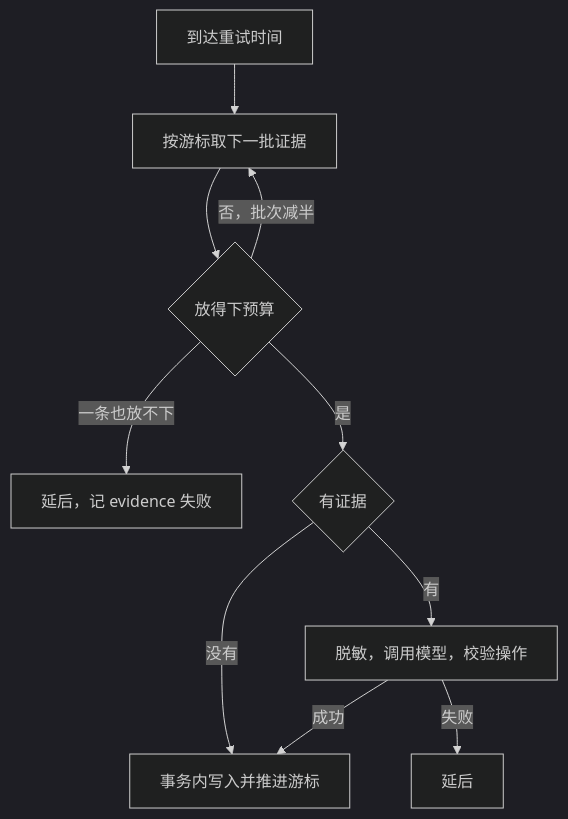
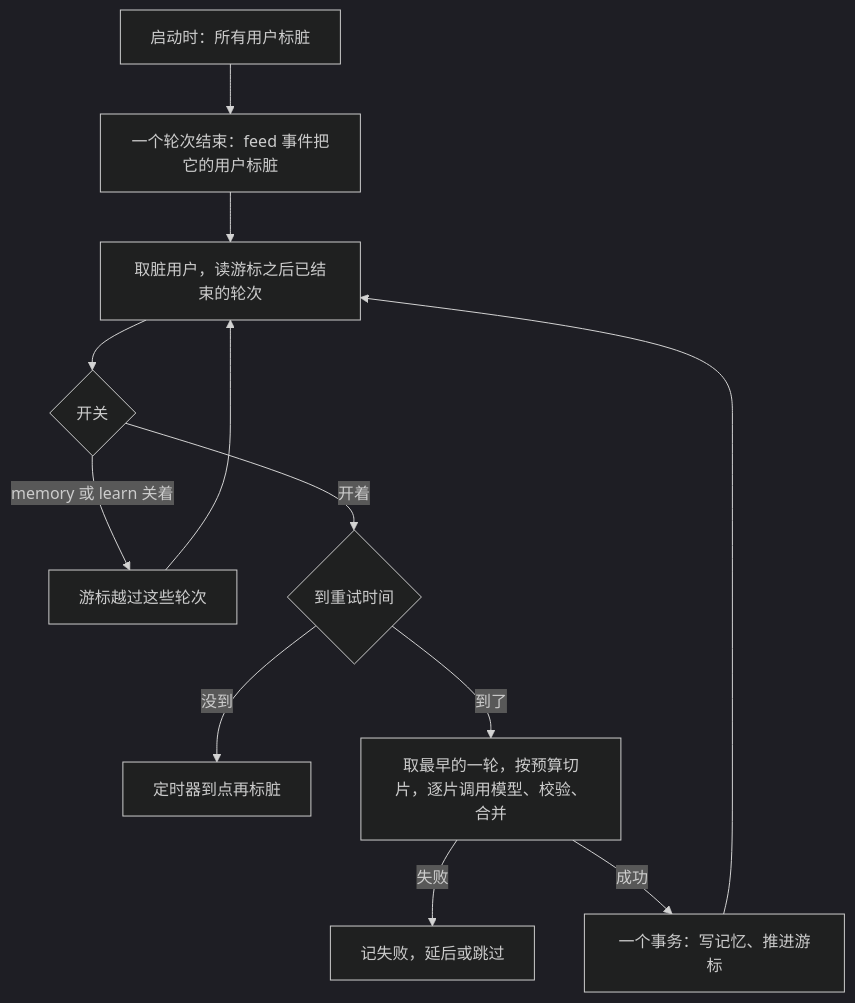
One commit to 0xfakeSpike/ollupi-docs changed the diagram in docs/zh/engine/memory.md. Above: the diagram before and after it, drawn with Mermaid (dark theme). The commit also changed other lines of this file and 86 other files, not shown here.

````diff
--- a/docs/zh/engine/memory.md
+++ b/docs/zh/engine/memory.md
@@ -79,12 +97,14 @@
 ```mermaid
 flowchart TD
-  A["到达重试时间"] --> B["按游标取下一批证据"]
-  B --> C{"放得下预算"}
-  C -- "否，批次减半" --> B
-  C -- "一条也放不下" --> X["延后，记 evidence 失败"]
-  C -- "是" --> D{"有证据"}
-  D -- "没有" --> F["事务内写入并推进游标"]
-  D -- "有" --> E["脱敏，调用模型，校验操作"]
-  E -- "失败" --> X2["延后"]
-  E -- "成功" --> F
+  A["启动时：所有用户标脏"] --> B["一个轮次结束：feed 事件把它的用户标脏"]
+  B --> C["取脏用户，读游标之后已结束的轮次"]
+  C --> D{"开关"}
+  D -- "memory 或 learn 关着" --> S["游标越过这些轮次"]
+  D -- "开着" --> E{"到重试时间"}
+  E -- "没到" --> T["定时器到点再标脏"]
+  E -- "到了" --> F["取最早的一轮，按预算切片，逐片调用模型、校验、合并"]
+  F -- "失败" --> X["记失败，延后或跳过"]
+  F -- "成功" --> G["一个事务：写记忆、推进游标"]
+  G --> C
+  S --> C
 ```
````
